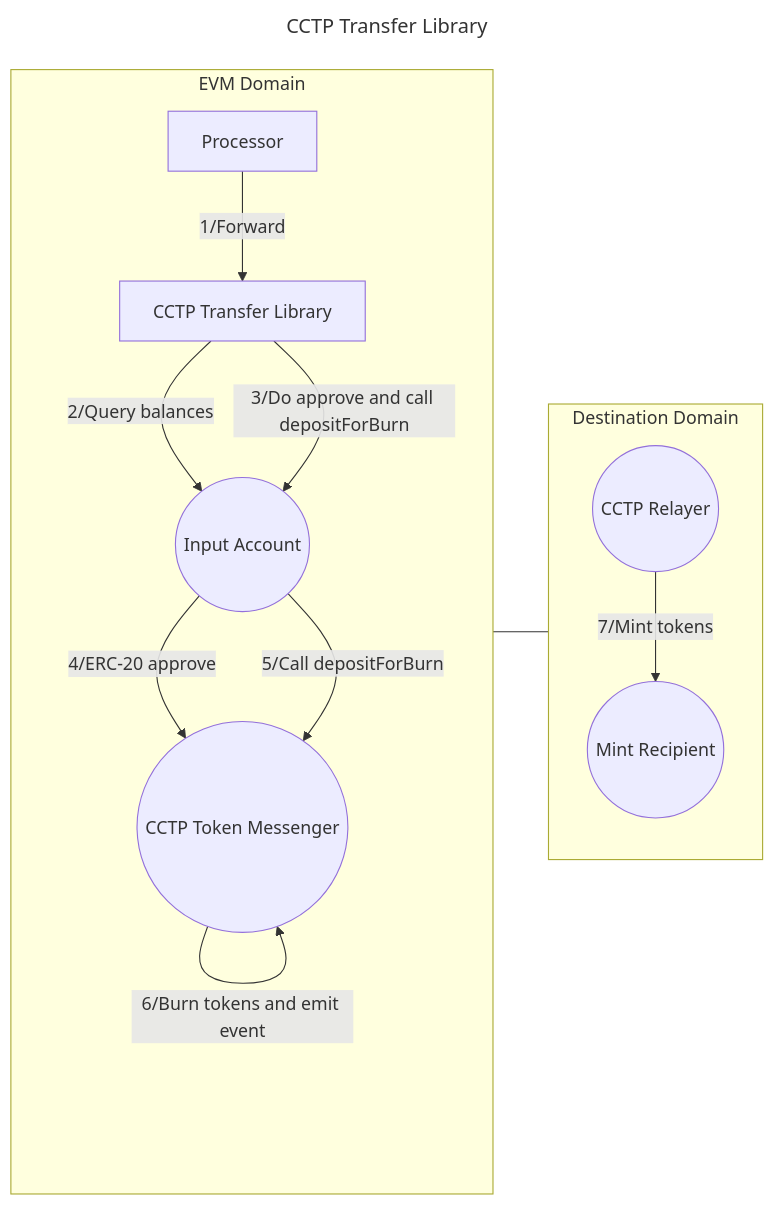
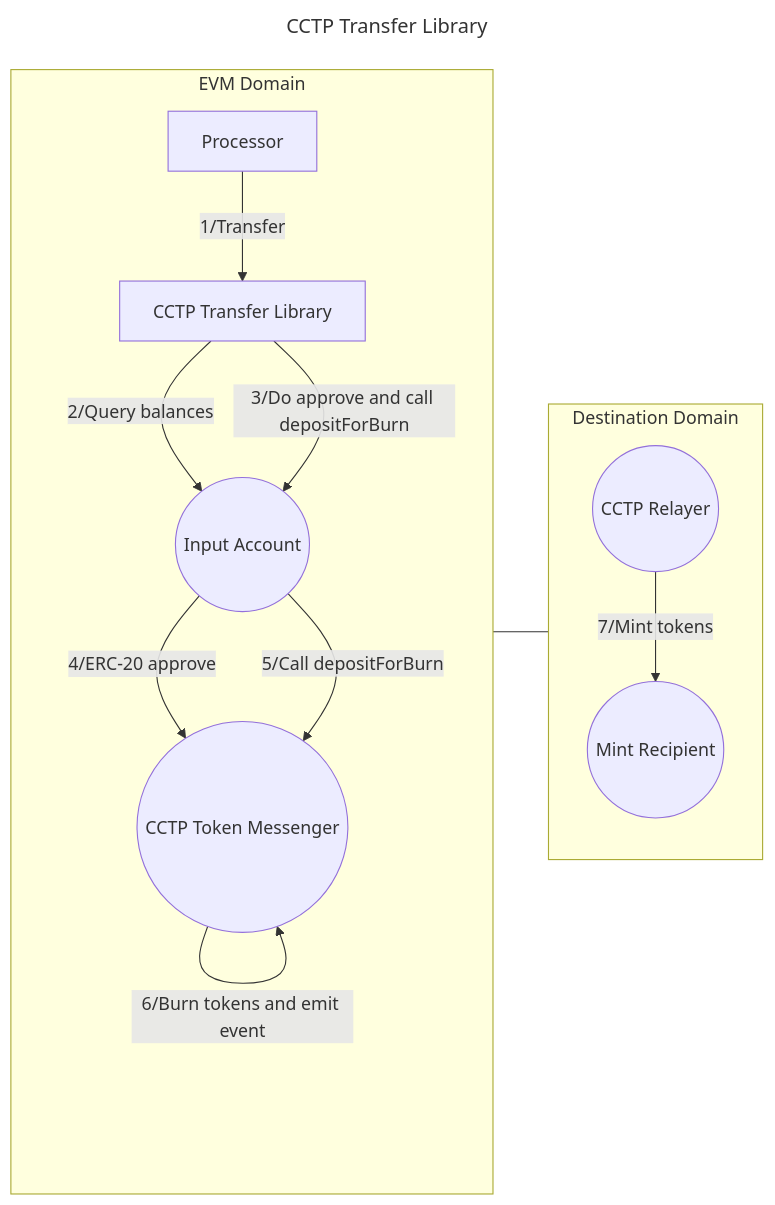
One commit to timewave-computer/valence-protocol changed the diagram in docs/src/libraries/evm/cctp_transfer.md. Above: the diagram before and after it, drawn with Mermaid. The commit also changed 3 other files, not shown here.

````diff
--- a/docs/src/libraries/evm/cctp_transfer.md
+++ b/docs/src/libraries/evm/cctp_transfer.md
@@ -7,27 +7,27 @@
 ```mermaid
 ---
 title: CCTP Transfer Library
 ---
 graph LR
   IA((Input Account))
   CCTPR((CCTP Relayer))
   MR((Mint Recipient))
   TM((CCTP Token Messenger))
   P[Processor]
   S[CCTP Transfer Library]
 
   subgraph DEST[ Destination Domain ]
     CCTPR -- 7/Mint tokens --> MR
   end
 
   subgraph EVM[ EVM Domain ]
-    P -- 1/Forward --> S
+    P -- 1/Transfer --> S
     S -- 2/Query balances --> IA
     S -- 3/Do approve and call depositForBurn --> IA
     IA -- 4/ERC-20 approve --> TM
     IA -- 5/Call depositForBurn --> TM
     TM -- 6/Burn tokens and emit event --> TM
   end
 
   EVM --- DEST
 ```
````
